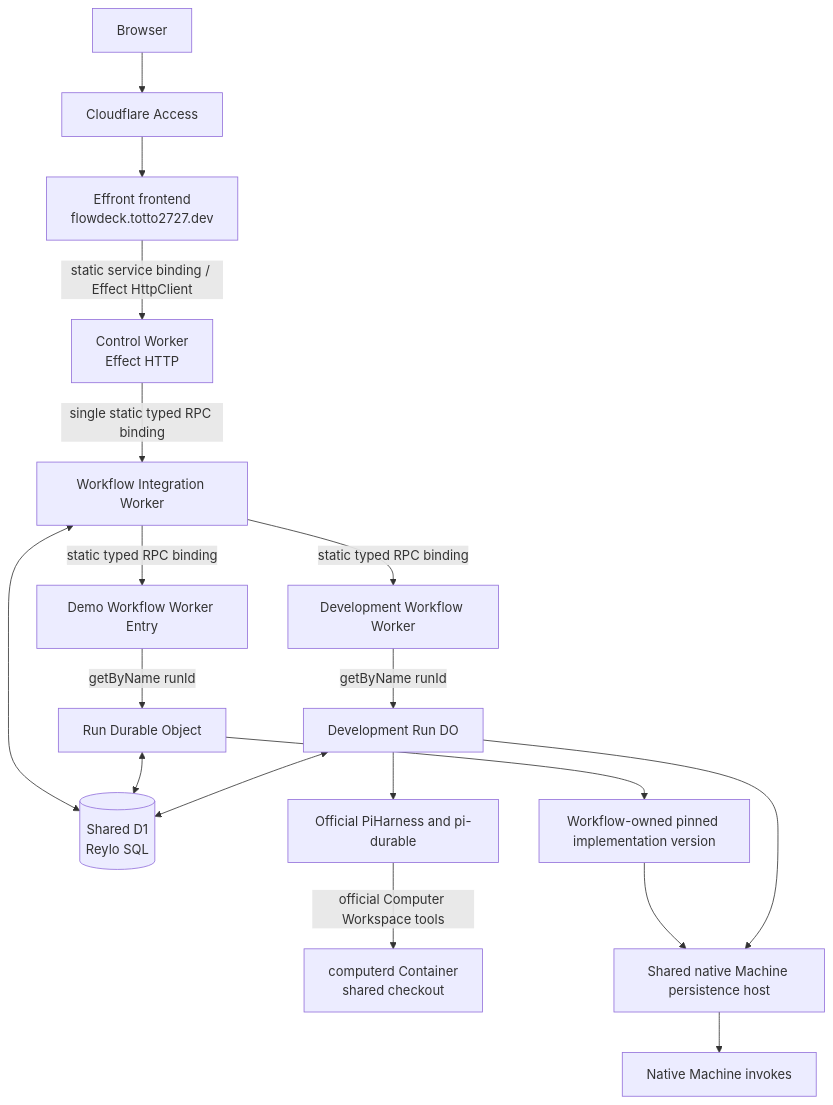
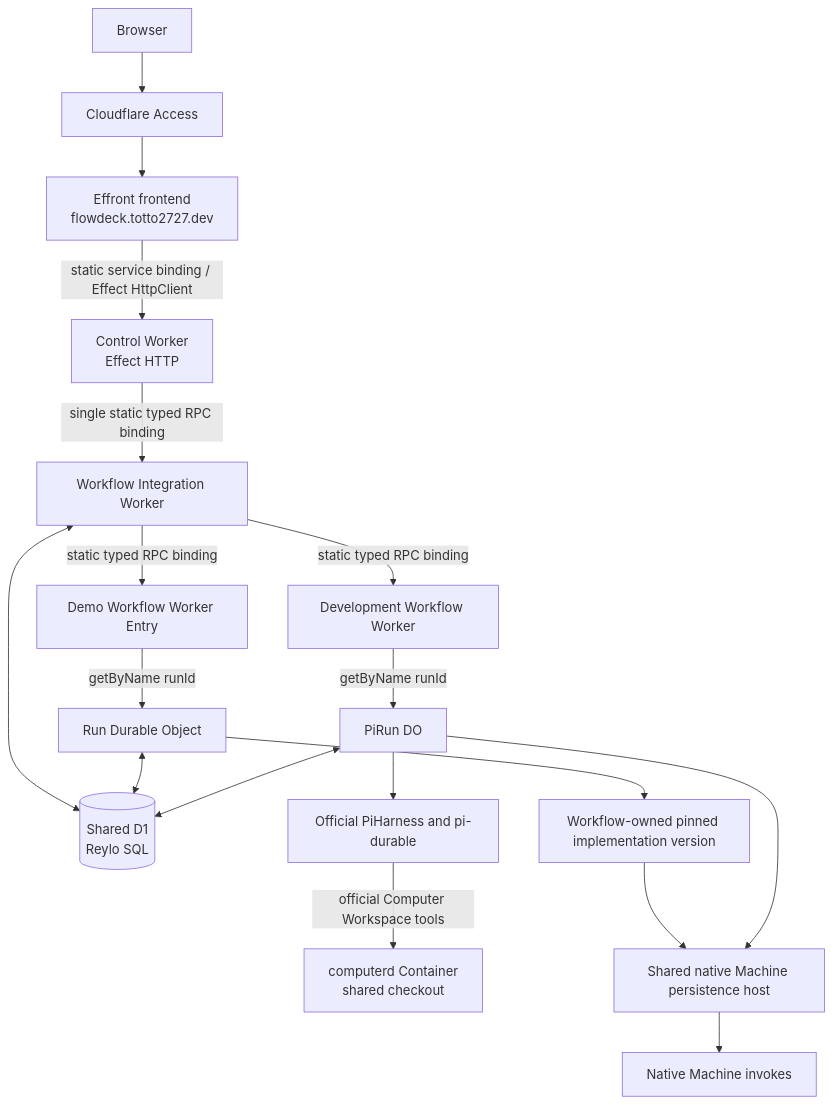
One commit to totto2727-org/flowdeck changed the first of 2 diagrams in docs/architecture.md. Above: the diagram before and after it, drawn with Mermaid. The commit also changed other lines of this file and 10 other files, not shown here.

````diff
--- a/docs/architecture.md
+++ b/docs/architecture.md
@@ -9,20 +9,20 @@
 ```mermaid
 flowchart TB
   Browser[Browser] --> Access[Cloudflare Access]
   Access --> Web[Effront frontend\nflowdeck.totto2727.dev]
   Web -->|static service binding / Effect HttpClient| API[Control Worker\nEffect HTTP]
   API -->|single static typed RPC binding| Workflow[Workflow Integration Worker]
   Workflow -->|static typed RPC binding| Entry[Demo Workflow Worker Entry]
   Entry -->|getByName runId| Run[Run Durable Object]
   Workflow <--> DB[(Shared D1\nReylo SQL)]
   Run <--> DB
   Run --> V[Workflow-owned pinned implementation version]
   Workflow -->|static typed RPC binding| Development[Development Workflow Worker]
-  Development -->|getByName runId| DevelopmentRun[Development Run DO]
+  Development -->|getByName runId| DevelopmentRun[PiRun DO]
   DevelopmentRun <--> DB
   DevelopmentRun --> Pi[Official PiHarness and pi-durable]
   Pi -->|official Computer Workspace tools| Container[computerd Container\nshared checkout]
   V --> Foundation[Shared native Machine persistence host]
   DevelopmentRun --> Foundation
   Foundation --> N[Native Machine invokes]
 ```
````
